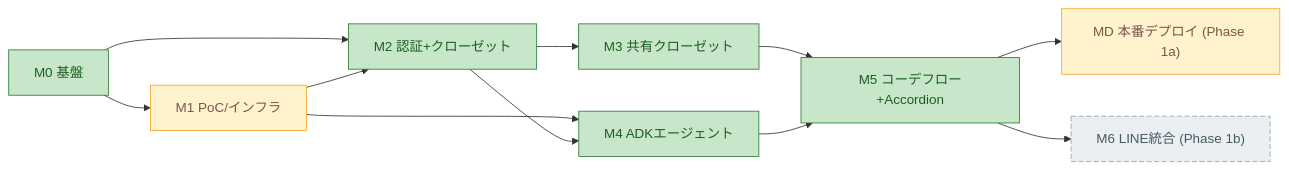
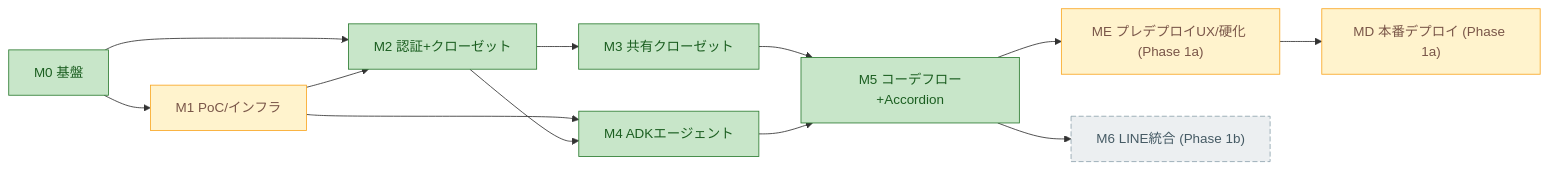
The eighth of 8 diagrams in docs/architecture-overview.md (RanArino/gen-fashion), drawn with Mermaid before and after one commit. The commit also changed other lines of this file and 2 other files, not shown here.

Commit message:
docs: sync requirements, feature matrix, and architecture overview for ME

````diff
--- a/docs/architecture-overview.md
+++ b/docs/architecture-overview.md
@@ -322,19 +371,20 @@
 ```mermaid
 flowchart LR
   M0["M0 基盤"] --> M1["M1 PoC/インフラ"]
   M0 --> M2["M2 認証+クローゼット"]
   M1 --> M2
   M2 --> M3["M3 共有クローゼット"]
   M1 --> M4["M4 ADKエージェント"]
   M2 --> M4
   M3 --> M5["M5 コーデフロー+Accordion"]
   M4 --> M5
-  M5 --> MD["MD 本番デプロイ (Phase 1a)"]
+  M5 --> ME["ME プレデプロイUX/硬化 (Phase 1a)"]
+  ME --> MD["MD 本番デプロイ (Phase 1a)"]
   M5 --> M6["M6 LINE統合 (Phase 1b)"]
 
   classDef done fill:#c8e6c9,stroke:#2e7d32,color:#1b5e20;
   classDef wip fill:#fff3cd,stroke:#f9a825,color:#795548;
   classDef stub fill:#ffe0b2,stroke:#e65100,color:#bf360c,stroke-dasharray:5 3;
   classDef todo fill:#eceff1,stroke:#90a4ae,color:#455a64,stroke-dasharray:6 3;
-  class M0,M2,M3,M4,M5 done; class M1,MD wip; class M6 todo;
+  class M0,M2,M3,M4,M5 done; class M1,ME,MD wip; class M6 todo;
 ```
````
